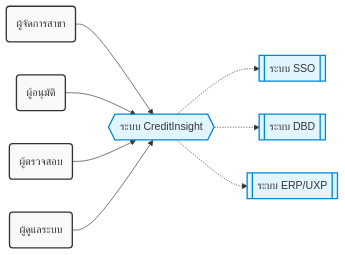
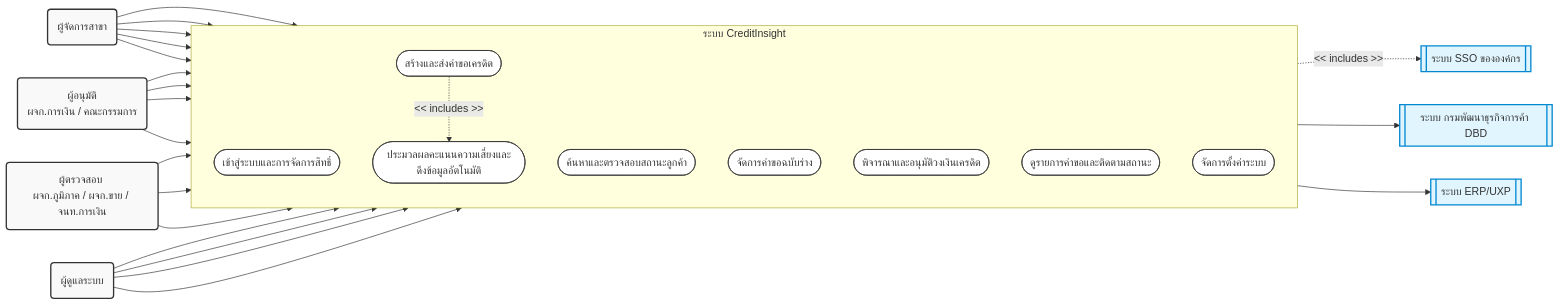
Before and after one commit to JinnawatJid/iNsightDocs: the first of 6 diagrams in docs/presentations/use_case_diagram.md, drawn with Mermaid. The commit also changed other lines of this file, not shown here.

Commit message:
docs: restore original user provided context diagram

````diff
--- a/docs/presentations/use_case_diagram.md
+++ b/docs/presentations/use_case_diagram.md
@@ -10,31 +10,61 @@
 ```mermaid
 flowchart LR
     %% Styling
     classDef actorStyle fill:#f9f9f9,stroke:#333,stroke-width:2px;
     classDef systemStyle fill:#e1f5fe,stroke:#0288d1,stroke-width:2px;
+    classDef useCaseStyle fill:#fff,stroke:#333,stroke-width:1px;
 
     %% Primary Actors
     BM(ผู้จัดการสาขา):::actorStyle
-    App(ผู้อนุมัติ):::actorStyle
-    Rev(ผู้ตรวจสอบ):::actorStyle
+    App(ผู้อนุมัติ <br>ผจก.การเงิน / คณะกรรมการ):::actorStyle
+    Rev(ผู้ตรวจสอบ <br>ผจก.ภูมิภาค / ผจก.ขาย / จนท.การเงิน):::actorStyle
     Admin(ผู้ดูแลระบบ):::actorStyle
 
-    %% External Systems
-    SSO[[ระบบ SSO]]:::systemStyle
-    DBD[[ระบบ DBD]]:::systemStyle
+    %% External Systems (Secondary Actors)
+    SSO[[ระบบ SSO ขององค์กร]]:::systemStyle
+    DBD[[ระบบ กรมพัฒนาธุรกิจการค้า DBD]]:::systemStyle
     ERP[[ระบบ ERP/UXP]]:::systemStyle
 
     %% System Boundary
-    System{{ระบบ CreditInsight}}:::systemStyle
+    subgraph CreditInsight [ระบบ CreditInsight]
+        direction TB
+        UC1([เข้าสู่ระบบและการจัดการสิทธิ์]):::useCaseStyle
+        UC2([ค้นหาและตรวจสอบสถานะลูกค้า]):::useCaseStyle
+        UC3([สร้างและส่งคำขอเครดิต]):::useCaseStyle
+        UC4([จัดการคำขอฉบับร่าง]):::useCaseStyle
+        UC5([ประมวลผลคะแนนความเสี่ยงและดึงข้อมูลอัตโนมัติ]):::useCaseStyle
+        UC6([พิจารณาและอนุมัติวงเงินเครดิต]):::useCaseStyle
+        UC7([ดูรายการคำขอและติดตามสถานะ]):::useCaseStyle
+        UC8([จัดการตั้งค่าระบบ]):::useCaseStyle
+    end
 
     %% Actor Connections
-    BM --> System
-    App --> System
-    Rev --> System
-    Admin --> System
+    BM --> UC1
+    App --> UC1
+    Rev --> UC1
+    Admin --> UC1
+
+    BM --> UC2
+    BM --> UC3
+    BM --> UC4
+    BM --> UC7
+
+    App --> UC2
+    App --> UC6
+    App --> UC7
+
+    Rev --> UC2
+    Rev --> UC7
+
+    Admin --> UC2
+    Admin --> UC7
+    Admin --> UC8
+
+    %% Relationships and Includes/Extends
+    UC1 -. "<< includes >>" .-> SSO
+    UC3 -. "<< includes >>" .-> UC5
 
     %% System Connections
-    System -.-> SSO
-    System -.-> DBD
-    System -.-> ERP
+    UC5 --> DBD
+    UC5 --> ERP
 ```
````
